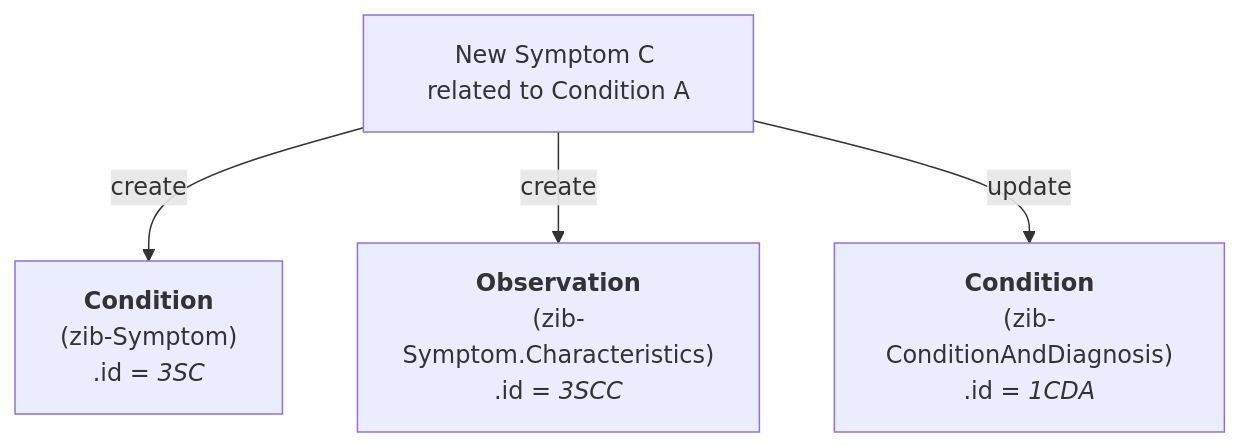
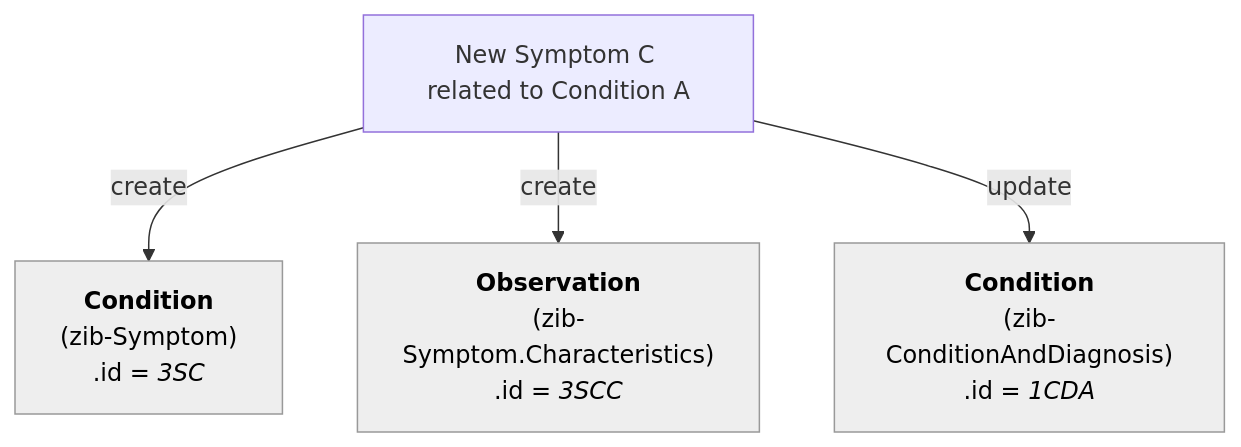
The fourth of 8 diagrams in documentation/Condition-Diagnosis-Symptom.md (Nictiz/Nictiz-R4-zib2024), drawn with Mermaid before and after one commit. The commit also changed other lines of this file and 5 other files, not shown here.

````diff
--- a/documentation/Condition-Diagnosis-Symptom.md
+++ b/documentation/Condition-Diagnosis-Symptom.md
@@ -101,20 +111,25 @@
 ```mermaid
 flowchart TB
 
 NewSymptom_C["`New Symptom C related to Condition A`"]
 
     S_C["`**Condition**
         (zib-Symptom)
         .id = _3SC_`"]
     SC_C["`**Observation**
         (zib-Symptom.Characteristics)
         .id = _3SCC_`"]    
     CD_A["`**Condition**
         (zib-ConditionAndDiagnosis)
         .id = _1CDA_`"] 
+    
+    S_C:::Ash
+    SC_C:::Ash
+    CD_A:::Ash
+    classDef Ash stroke-width:1px, stroke-dasharray:none, stroke:#999999, fill:#EEEEEE, color:#000000
 
 
 NewSymptom_C -- create --> S_C
 NewSymptom_C -- create --> SC_C
 NewSymptom_C -- update --> CD_A
 ```
````
